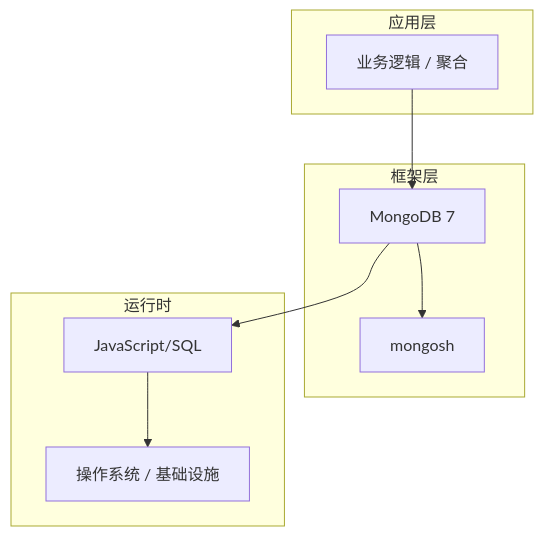
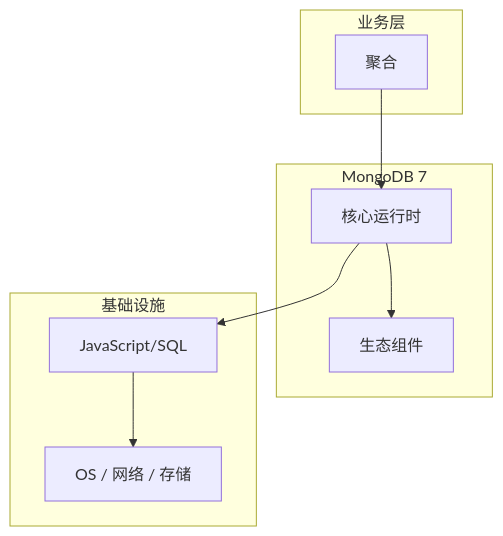
One commit to yanggan2015/knowledge-json-v2 changed the diagram in articles/MongoDB/chapters/029-聚合核心概念与原理.md. Above: the diagram before and after it, drawn with Mermaid. The commit also changed other lines of this file and 10127 other files, not shown here.

````diff
--- a/articles/MongoDB/chapters/029-聚合核心概念与原理.md
+++ b/articles/MongoDB/chapters/029-聚合核心概念与原理.md
@@ -45,18 +34,18 @@
 ```mermaid
 graph TB
-    subgraph 应用层
-        A[业务逻辑 / 聚合]
+    subgraph 业务层
+        A[聚合]
     end
-    subgraph 框架层
-        B[MongoDB 7]
-        C[mongosh]
+    subgraph MongoDB 7
+        B[核心运行时]
+        C[生态组件]
     end
-    subgraph 运行时
+    subgraph 基础设施
         D[JavaScript/SQL]
-        E[操作系统 / 基础设施]
+        E[OS / 网络 / 存储]
     end
     A --> B
     B --> C
     B --> D
     D --> E
 ```
````
